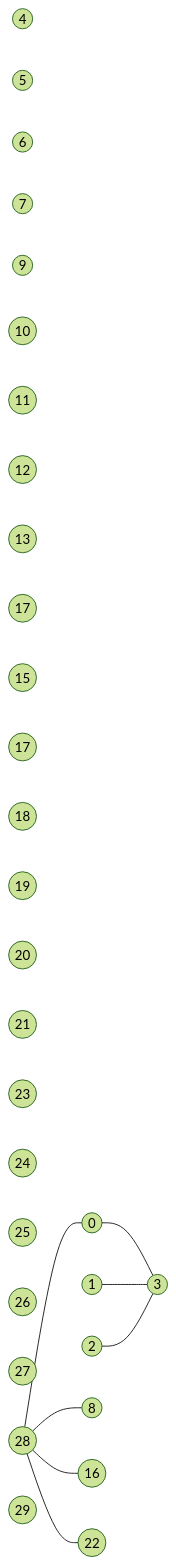
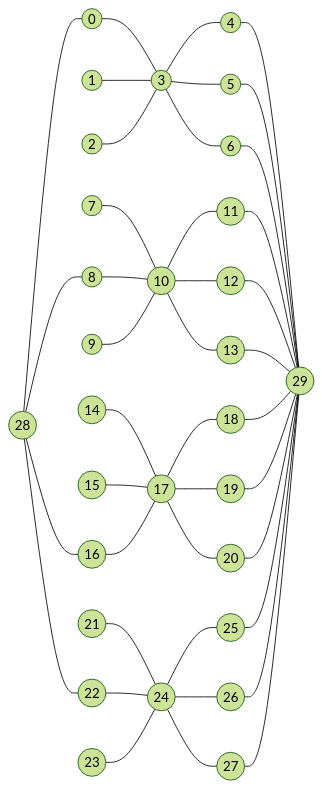
One commit to bfeitknecht/vault changed the fifth of 5 diagrams in sem2/AuW/UE/cx/bf/cx12-great-harvest.md. Above: the diagram before and after it, drawn with Mermaid (forest theme). The commit also changed 1 other file, not shown here.

Commit message:
backup: 2024-07-14T09:34:53+02:00 from MacBook Pro (echo)
Affected files:
.obsidian/vault-stats.json
sem2/AuW/UE/cx/bf/cx12-great-harvest.md

````diff
--- a/sem2/AuW/UE/cx/bf/cx12-great-harvest.md
+++ b/sem2/AuW/UE/cx/bf/cx12-great-harvest.md
@@ -227,49 +227,52 @@
 ```mermaid
 flowchart LR
 
 %%%%%%%%%%%%%%%%%%%%%%%%%%%%%%%%%%%%%%%%%%
 
 ids0v1((0))
 ids0v2((1))
 ids0v3((2))
 idc0((3))
 idt0v1((4))
 idt0v2((5))
 idt0v3((6))
 
 ids1v1((7))
 ids1v2((8))
 ids1v3((9))
 idc1((10))
 idt1v1((11))
 idt1v2((12))
 idt1v3((13))
 
-ids2v1((17))
+ids2v1((14))
 ids2v2((15))
 ids2v3((16))
 idc2((17))
 idt2v1((18))
 idt2v2((19))
 idt2v3((20))
 
 ids3v1((21))
 ids3v2((22))
 ids3v3((23))
 idc3((24))
 idt3v1((25))
 idt3v2((26))
 idt3v3((27))
 
 idS((28))
 idT((29))
 
 %%%%%%%%%%%%%%%%%%%%%%%%%%%%%%%%%%%%%%%%%%
 
 idS --- ids0v1 & ids1v2 & ids2v3 & ids3v2
 
-ids0v1 & ids0v2 & ids0v3 --- idc0
+ids0v1 & ids0v2 & ids0v3 --- idc0 --- idt0v1 & idt0v2 & idt0v3 --- idT
+ids1v1 & ids1v2 & ids1v3 --- idc1 --- idt1v1 & idt1v2 & idt1v3 --- idT
+ids2v1 & ids2v2 & ids2v3 --- idc2 --- idt2v1 & idt2v2 & idt2v3 --- idT
+ids3v1 & ids3v2 & ids3v3 --- idc3 --- idt3v1 & idt3v2 & idt3v3 --- idT
 
 
 %%%%%%%%%%%%%%%%%%%%%%%%%%%%%%%%%%%%%%%%%%
 ```
````
